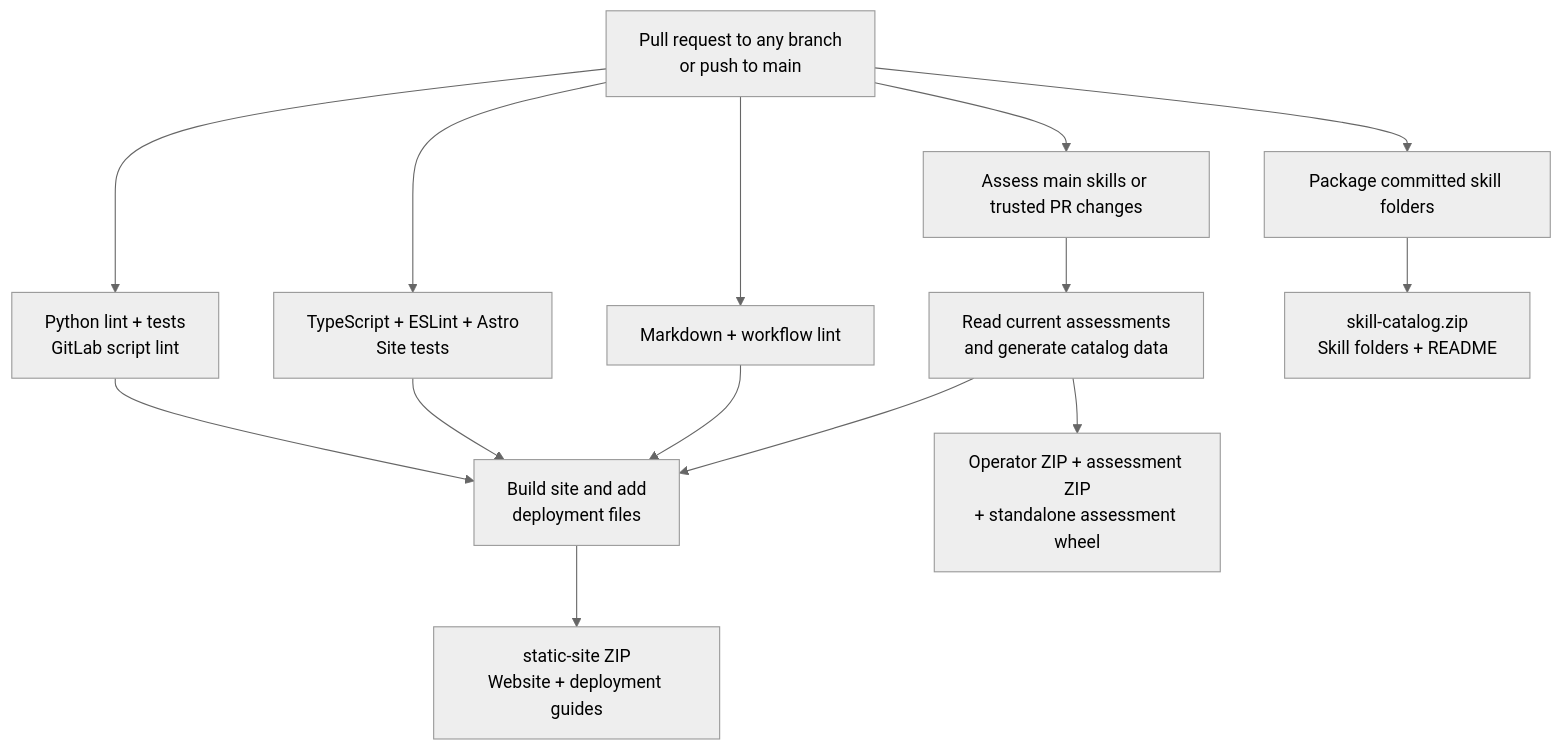
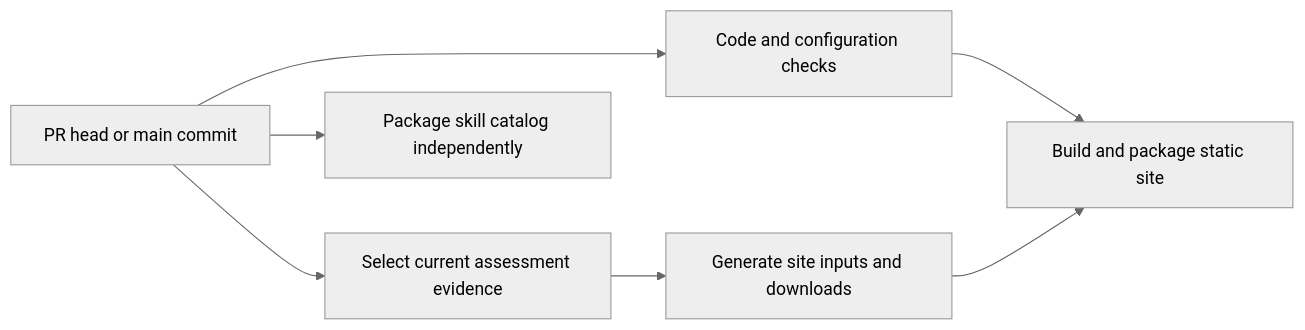
One commit to Code-dot-mil/SkLC changed the diagram in CI.md. Above: the diagram before and after it, drawn with Mermaid (neutral theme). The commit also changed other lines of this file and 17 other files, not shown here.

````diff
--- a/CI.md
+++ b/CI.md
@@ -14,17 +23,9 @@
 ```mermaid
-flowchart TD
-    A["Pull request to any branch<br/>or push to main"]
-    A --> P["Python lint + tests<br/>GitLab script lint"]
-    A --> S["TypeScript + ESLint + Astro<br/>Site tests"]
-    A --> L["Markdown + workflow lint"]
-    A --> Q["Assess main skills or trusted PR changes"]
-    Q --> E["Read current assessments<br/>and generate catalog data"]
-    A --> C["Package committed skill folders"]
-    P --> B["Build site and add<br/>deployment files"]
-    S --> B
-    L --> B
-    E --> B
-    B --> W["static-site ZIP<br/>Website + deployment guides"]
-    C --> Z["skill-catalog.zip<br/>Skill folders + README"]
-    E --> O["Operator ZIP + assessment ZIP<br/>+ standalone assessment wheel"]
+flowchart LR
+    revision["PR head or main commit"] --> checks["Code and configuration checks"]
+    revision --> evidence["Select current assessment evidence"]
+    evidence --> generate["Generate site inputs and downloads"]
+    checks --> build["Build and package static site"]
+    generate --> build
+    revision --> catalog["Package skill catalog independently"]
 ```
````
